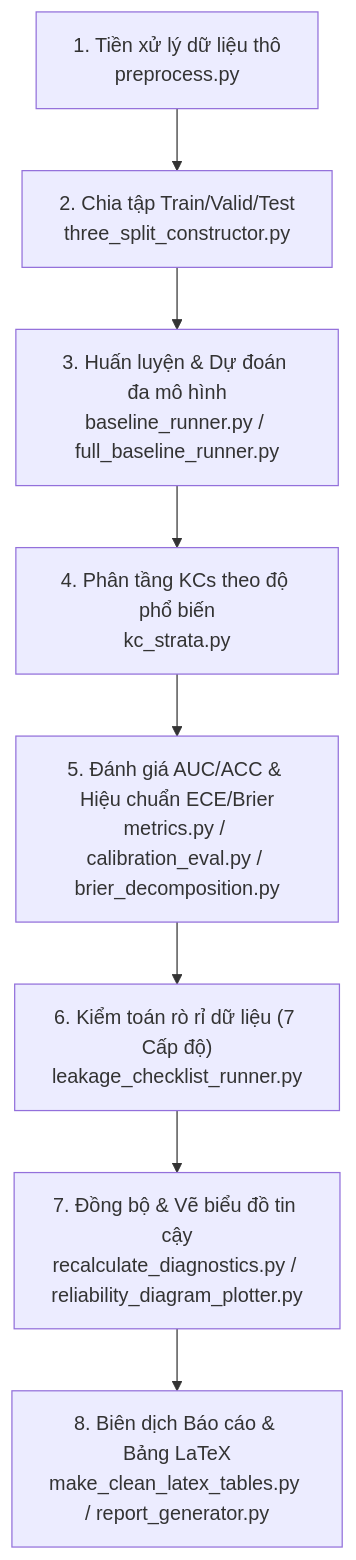
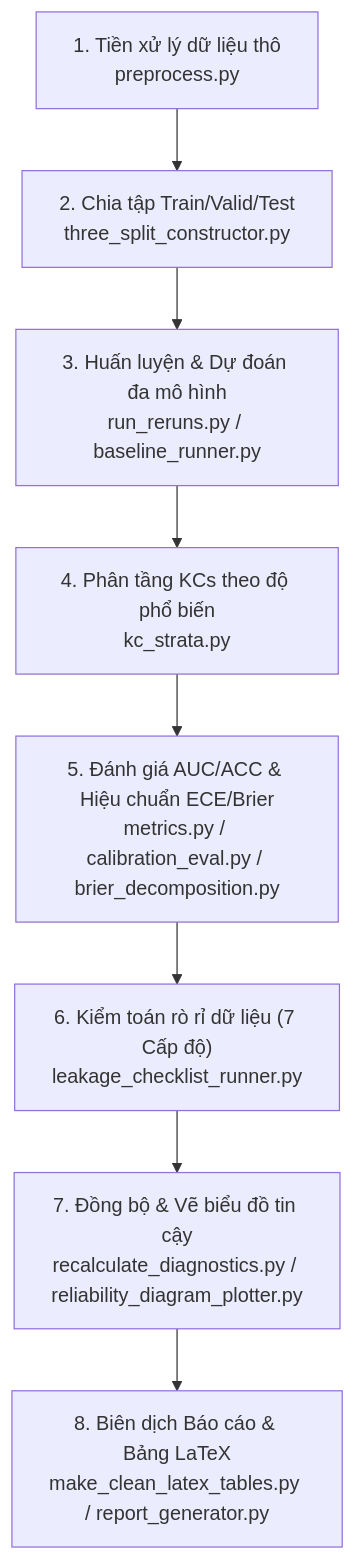
The diagram in p0-sparse-calibration-kt/README.md (trinhnkt/Sparse-Concept-and-Calibration), drawn with Mermaid before and after one commit. The commit also changed other lines of this file and 103 other files, not shown here.

````diff
--- a/p0-sparse-calibration-kt/README.md
+++ b/p0-sparse-calibration-kt/README.md
@@ -197,10 +176,10 @@
 ```mermaid
 graph TD
     A["1. Tiền xử lý dữ liệu thô<br>preprocess.py"] --> B["2. Chia tập Train/Valid/Test<br>three_split_constructor.py"]
-    B --> C["3. Huấn luyện & Dự đoán đa mô hình<br>baseline_runner.py / full_baseline_runner.py"]
+    B --> C["3. Huấn luyện & Dự đoán đa mô hình<br>run_reruns.py / baseline_runner.py"]
     C --> D["4. Phân tầng KCs theo độ phổ biến<br>kc_strata.py"]
     D --> E["5. Đánh giá AUC/ACC & Hiệu chuẩn ECE/Brier<br>metrics.py / calibration_eval.py / brier_decomposition.py"]
     E --> F["6. Kiểm toán rò rỉ dữ liệu (7 Cấp độ)<br>leakage_checklist_runner.py"]
     F --> G["7. Đồng bộ & Vẽ biểu đồ tin cậy<br>recalculate_diagnostics.py / reliability_diagram_plotter.py"]
     G --> H["8. Biên dịch Báo cáo & Bảng LaTeX<br>make_clean_latex_tables.py / report_generator.py"]
 ```
````
